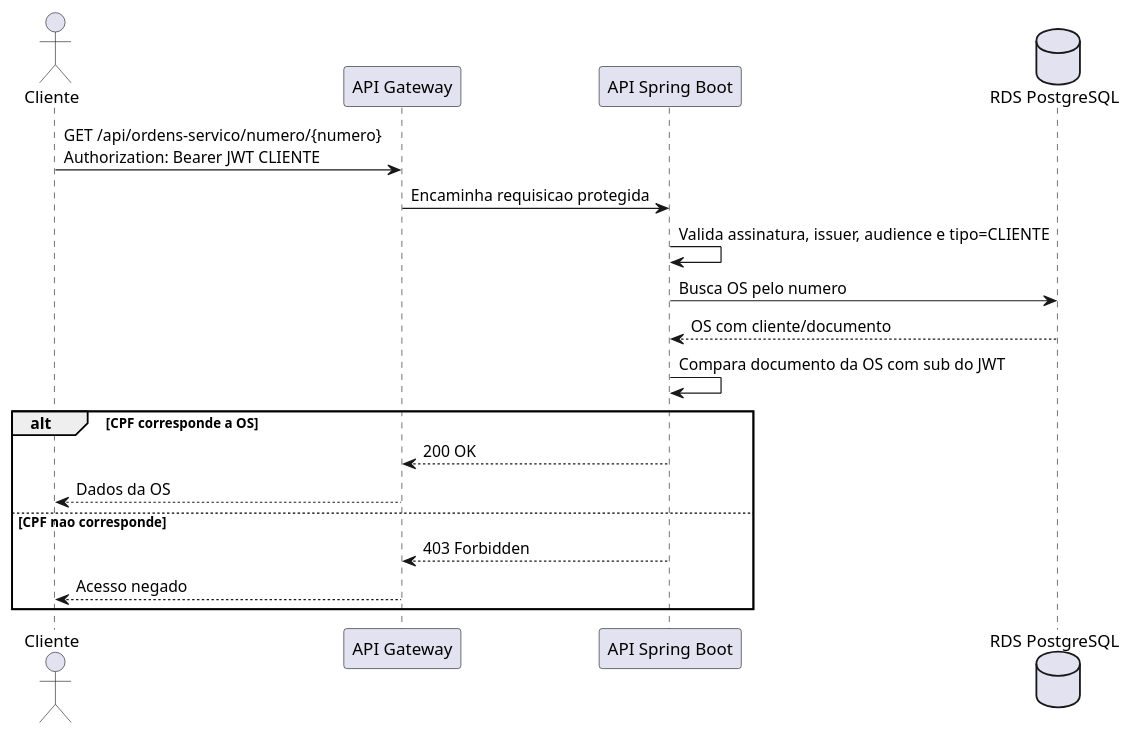
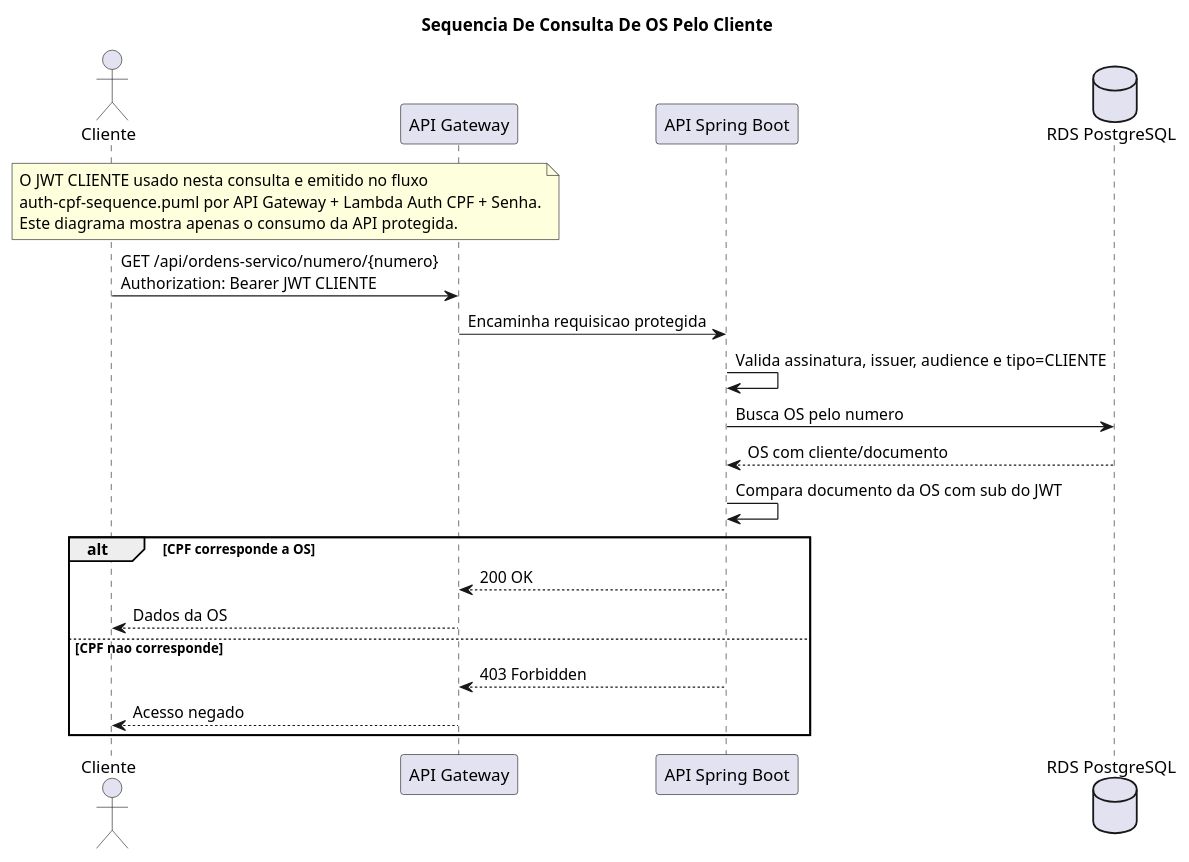
The diagram in docs/arquitetura/sequencia-consulta-os-cliente.puml (techdgconsulting/oficina-dgcar-docs), drawn with PlantUML before and after one commit. The commit also changed 66 other files, not shown here.

```diff
--- a/docs/arquitetura/sequencia-consulta-os-cliente.puml
+++ b/docs/arquitetura/sequencia-consulta-os-cliente.puml
@@ -1,21 +1,29 @@
-@startuml
+@startuml sequencia-consulta-os-cliente
+title Sequencia De Consulta De OS Pelo Cliente
+
 actor Cliente
 participant "API Gateway" as Gateway
 participant "API Spring Boot" as API
 database "RDS PostgreSQL" as DB
+
+note over Cliente, Gateway
+  O JWT CLIENTE usado nesta consulta e emitido no fluxo
+  auth-cpf-sequence.puml por API Gateway + Lambda Auth CPF + Senha.
+  Este diagrama mostra apenas o consumo da API protegida.
+end note
 
 Cliente -> Gateway: GET /api/ordens-servico/numero/{numero}\nAuthorization: Bearer JWT CLIENTE
 Gateway -> API: Encaminha requisicao protegida
 API -> API: Valida assinatura, issuer, audience e tipo=CLIENTE
 API -> DB: Busca OS pelo numero
 DB --> API: OS com cliente/documento
 API -> API: Compara documento da OS com sub do JWT
 
 alt CPF corresponde a OS
   API --> Gateway: 200 OK
   Gateway --> Cliente: Dados da OS
 else CPF nao corresponde
   API --> Gateway: 403 Forbidden
   Gateway --> Cliente: Acesso negado
 end
 @enduml
```
